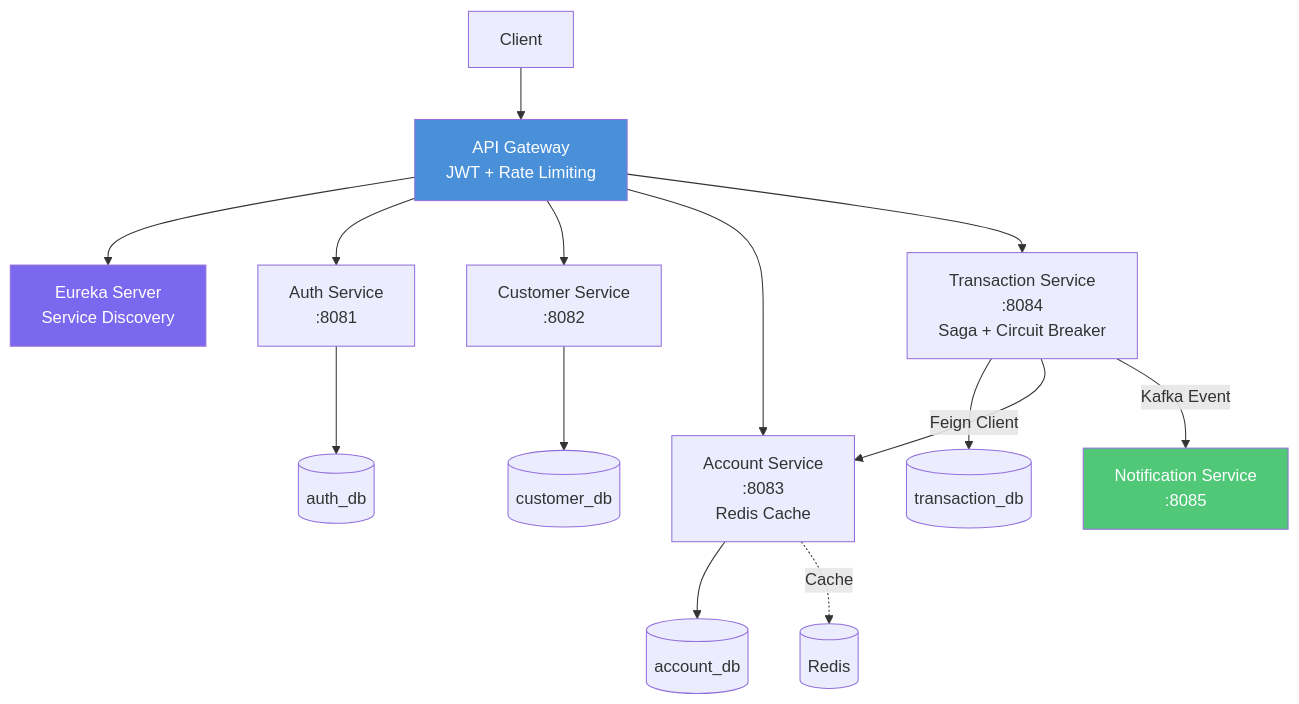
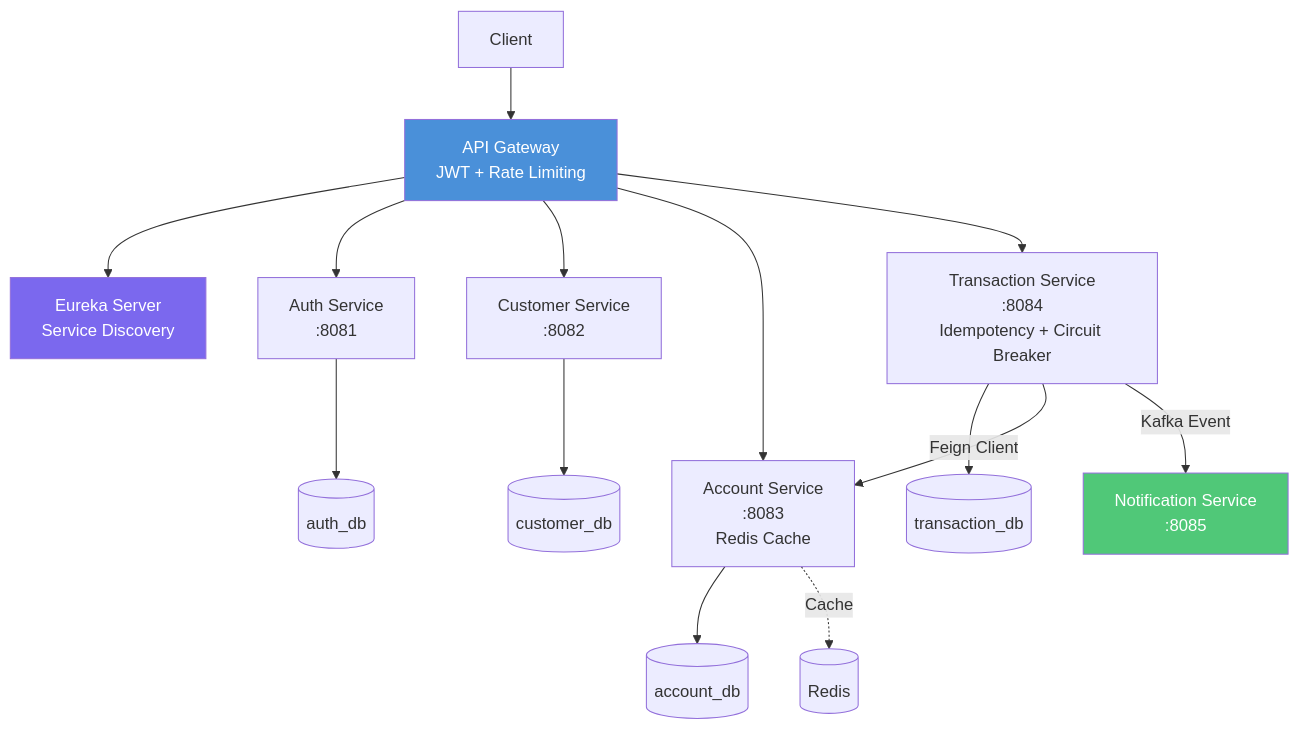
One commit to alicaners/digital-banking-platform changed the diagram in README.md. Above: the diagram before and after it, drawn with Mermaid. The commit also changed other lines of this file and 21 other files, not shown here.

Commit message:
feat: Asama 8 Gun 2 - atomic transfer, idempotency, circuit breaker/retry duzeltmeleri ve dokumantasyon

````diff
--- a/README.md
+++ b/README.md
@@ -12,23 +12,23 @@
 ```mermaid
 graph TD
     Client[Client] --> Gateway[API Gateway<br/>JWT + Rate Limiting]
     Gateway --> Eureka[Eureka Server<br/>Service Discovery]
     Gateway --> Auth[Auth Service<br/>:8081]
     Gateway --> Customer[Customer Service<br/>:8082]
     Gateway --> Account[Account Service<br/>:8083<br/>Redis Cache]
-    Gateway --> Transaction[Transaction Service<br/>:8084<br/>Saga + Circuit Breaker]
+    Gateway --> Transaction[Transaction Service<br/>:8084<br/>Idempotency + Circuit Breaker]
 
     Auth --> AuthDB[(auth_db)]
     Customer --> CustomerDB[(customer_db)]
     Account --> AccountDB[(account_db)]
     Transaction --> TransactionDB[(transaction_db)]
 
     Transaction -->|Feign Client| Account
     Transaction -->|Kafka Event| Notification[Notification Service<br/>:8085]
 
     Account -.->|Cache| Redis[(Redis)]
 
     style Gateway fill:#4A90D9,color:#fff
     style Eureka fill:#7B68EE,color:#fff
     style Notification fill:#50C878,color:#fff
 ```
````
